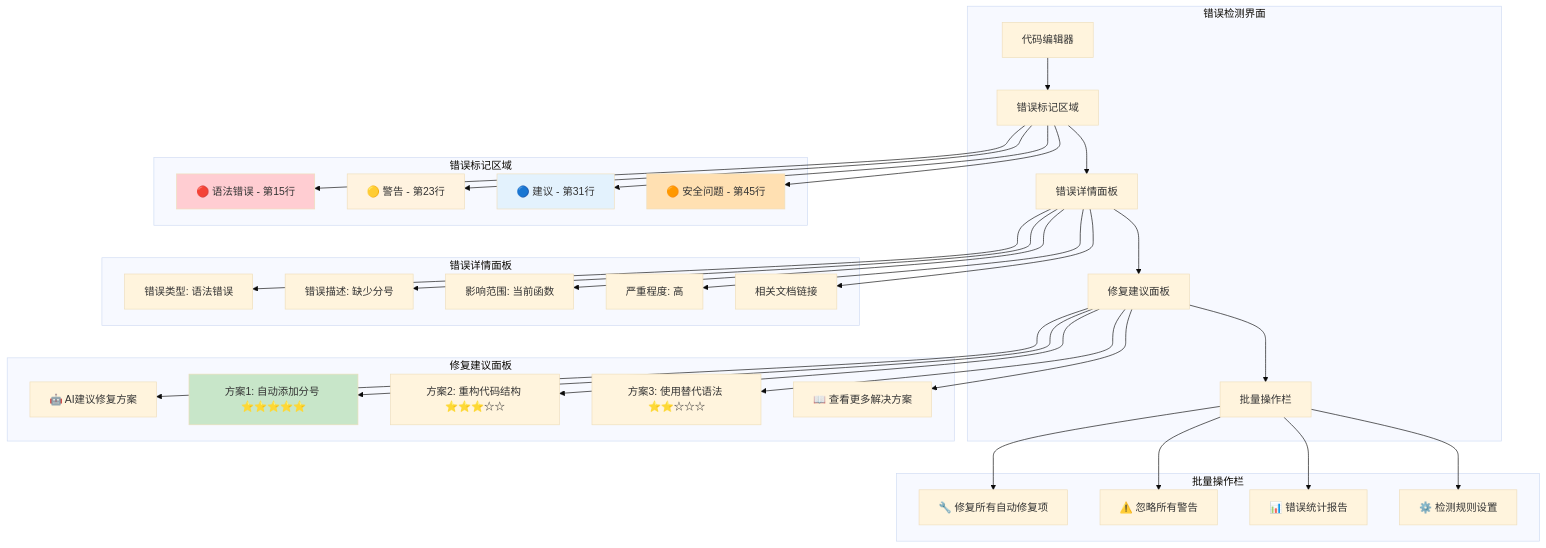
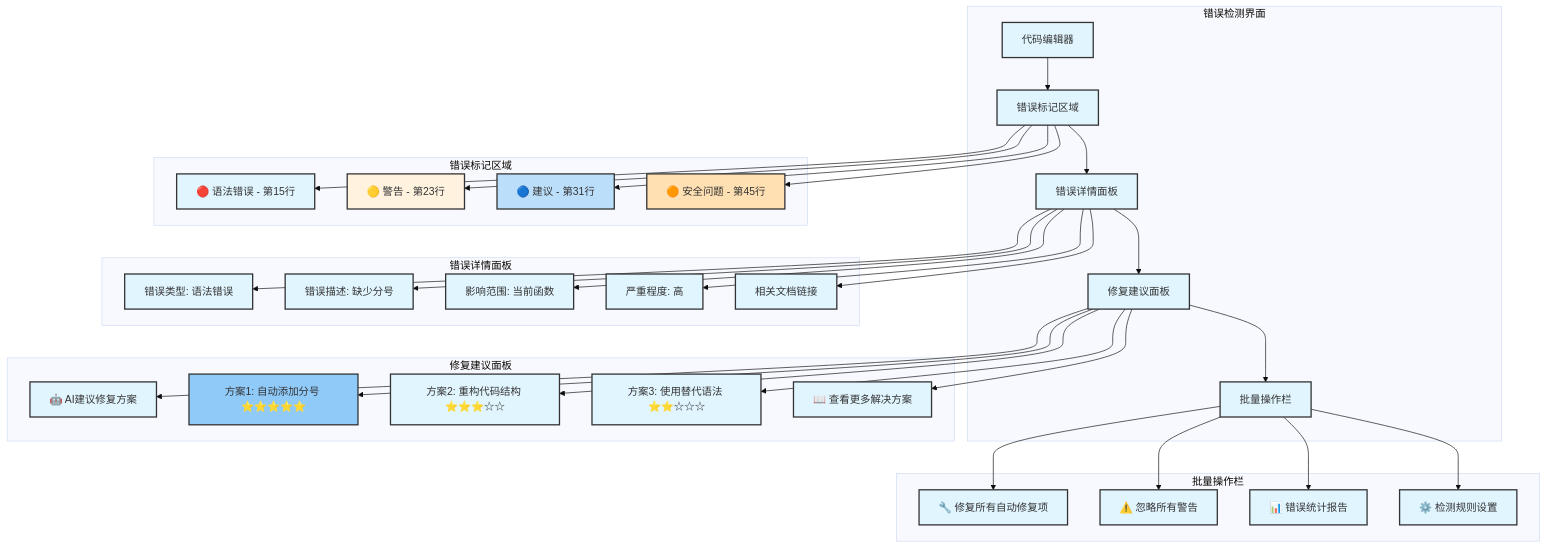
Before and after one commit to Coldplay-now/ai-ide-guide-core: the fifth of 12 diagrams in docs/assets/diagrams/interface-wireframes.md, drawn with Mermaid (base theme). The commit also changed other lines of this file and 148 other files, not shown here.

````diff
--- a/docs/assets/diagrams/interface-wireframes.md
+++ b/docs/assets/diagrams/interface-wireframes.md
@@ -314,74 +290,68 @@
 ```mermaid
 graph TB
     subgraph "错误检测界面"
         A[代码编辑器]
         B[错误标记区域]
         C[错误详情面板]
         D[修复建议面板]
         E[批量操作栏]
     end
-    
     subgraph "错误标记区域"
         B1[🔴 语法错误 - 第15行]
         B2[🟡 警告 - 第23行]
         B3[🔵 建议 - 第31行]
         B4[🟠 安全问题 - 第45行]
     end
-    
     subgraph "错误详情面板"
         C1[错误类型: 语法错误]
         C2[错误描述: 缺少分号]
         C3[影响范围: 当前函数]
         C4[严重程度: 高]
         C5[相关文档链接]
     end
-    
     subgraph "修复建议面板"
         D1[🤖 AI建议修复方案]
         D2[方案1: 自动添加分号 ⭐⭐⭐⭐⭐]
         D3[方案2: 重构代码结构 ⭐⭐⭐☆☆]
         D4[方案3: 使用替代语法 ⭐⭐☆☆☆]
         D5[📖 查看更多解决方案]
     end
-    
     subgraph "批量操作栏"
         E1[🔧 修复所有自动修复项]
         E2[⚠️ 忽略所有警告]
         E3[📊 错误统计报告]
         E4[⚙️ 检测规则设置]
     end
-    
     A --> B
     B --> C
     C --> D
     D --> E
-    
     B --> B1
     B --> B2
     B --> B3
     B --> B4
-    
     C --> C1
     C --> C2
     C --> C3
     C --> C4
     C --> C5
-    
     D --> D1
     D --> D2
     D --> D3
     D --> D4
     D --> D5
-    
     E --> E1
     E --> E2
     E --> E3
     E --> E4
-    
-    style B1 fill:#ffcdd2
+    style B1 fill:#e1f5fe
     style B2 fill:#fff3e0
-    style B3 fill:#e3f2fd
+    style B3 fill:#bbdefb
     style B4 fill:#ffe0b2
-    style D2 fill:#c8e6c9
-
+    style D2 fill:#90caf9
+%% Standard styling
+classDef default fill:#e1f5fe,stroke:#333,stroke-width:2px
+classDef highlight fill:#bbdefb,stroke:#333,stroke-width:3px
+classDef process fill:#90caf9,stroke:#333,stroke-width:2px
+classDef decision fill:#64b5f6,stroke:#333,stroke-width:2px
 ```
````
